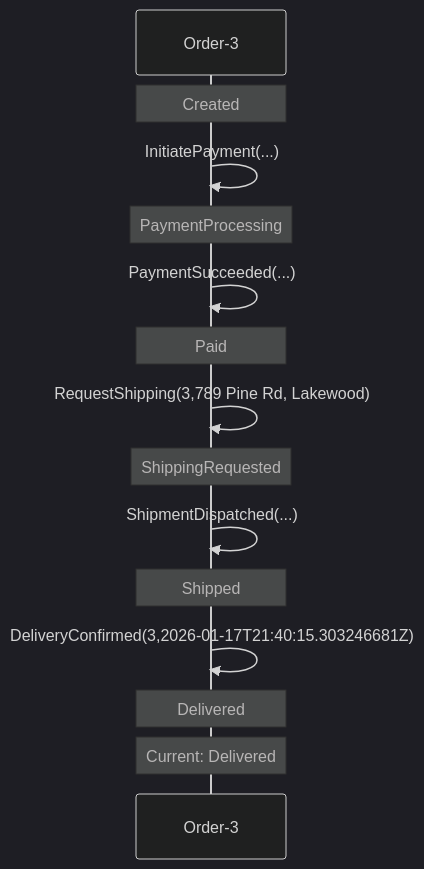
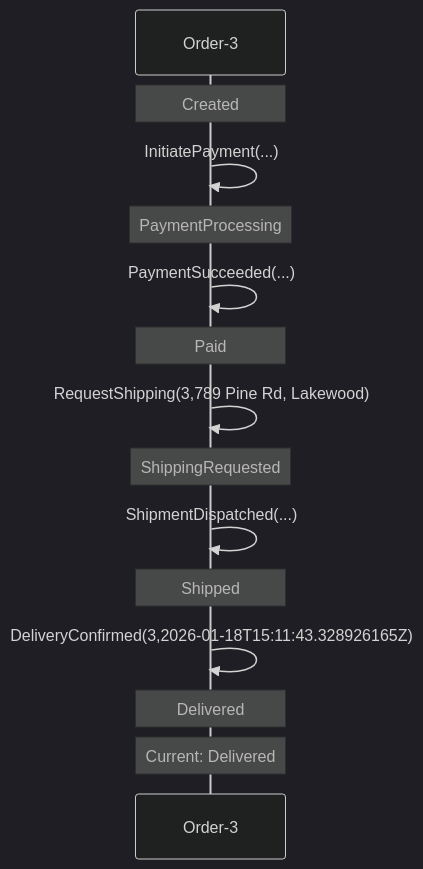
The first of 2 diagrams in docs/visualizations/order-3-trace.md (Iterable/mechanoid), drawn with Mermaid (dark theme) before and after one commit. The commit also changed 26 other files, not shown here.

````diff
--- a/docs/visualizations/order-3-trace.md
+++ b/docs/visualizations/order-3-trace.md
@@ -7,17 +7,17 @@
 ```mermaid
 sequenceDiagram
     participant FSM as Order-3
     Note over FSM: Created
     FSM->>FSM: InitiatePayment(...)
     Note over FSM: PaymentProcessing
     FSM->>FSM: PaymentSucceeded(...)
     Note over FSM: Paid
     FSM->>FSM: RequestShipping(3,789 Pine Rd, Lakewood)
     Note over FSM: ShippingRequested
     FSM->>FSM: ShipmentDispatched(...)
     Note over FSM: Shipped
-    FSM->>FSM: DeliveryConfirmed(3,2026-01-17T21:40:15.303246681Z)
+    FSM->>FSM: DeliveryConfirmed(3,2026-01-18T15:11:43.328926165Z)
     Note over FSM: Delivered
     Note over FSM: Current: Delivered
 
 ```
````
